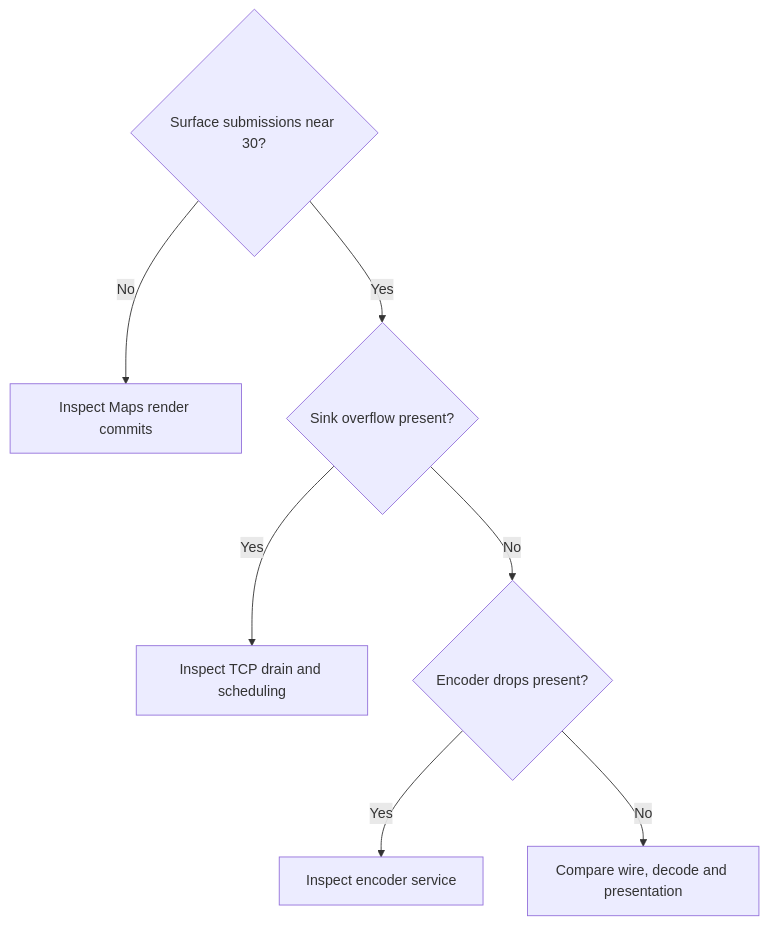
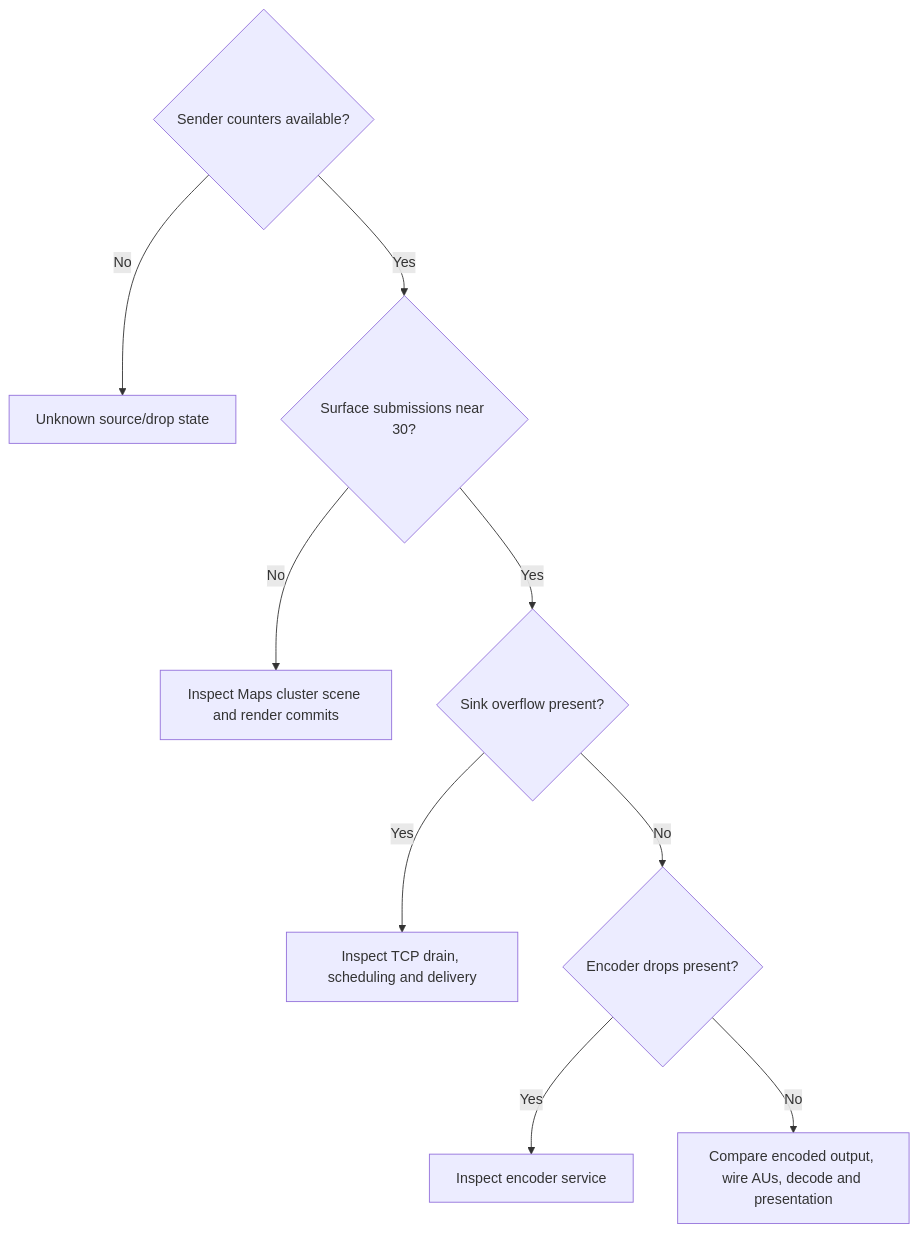
One commit to luka-dev/mib2q-carplay-rgi changed the second of 3 diagrams in docs/altscreen-and-video/WIRED_30FPS_INVESTIGATION.md. Above: the diagram before and after it, drawn with Mermaid. The commit also changed other lines of this file and 820 other files, not shown here.

````diff
--- a/docs/altscreen-and-video/WIRED_30FPS_INVESTIGATION.md
+++ b/docs/altscreen-and-video/WIRED_30FPS_INVESTIGATION.md
@@ -669,12 +642,13 @@
 ```mermaid
-flowchart TB
-    accTitle: Sender Counters Guide Frame Rate Checks
-    accDescr: With measured per-stream counters available, surface submissions, sink overflow and encoder drops select the next investigation. Missing counters leave the source and drop state unknown.
-
-    surface_rate{"Surface submissions near 30?"} -->|No| inspect_maps["Inspect Maps render commits"]
-    surface_rate -->|Yes| sink_overflow{"Sink overflow present?"}
-    sink_overflow -->|Yes| inspect_delivery["Inspect TCP drain and scheduling"]
-    sink_overflow -->|No| encoder_drops{"Encoder drops present?"}
-    encoder_drops -->|Yes| inspect_encoder["Inspect encoder service"]
-    encoder_drops -->|No| compare_stages["Compare wire, decode and presentation"]
+flowchart TD
+    accTitle: Use Actual Sender Counters Before Selecting a Frame Rate Fix
+    accDescr: Per-stream surface submissions and drop counters select the next investigation. Missing telemetry remains unknown; low arrival alone never identifies the cause.
+    data{"Sender counters available?"} -->|No| unknown["Unknown source/drop state"]
+    data -->|Yes| submitted{"Surface submissions near 30?"}
+    submitted -->|No| scene["Inspect Maps cluster scene and render commits"]
+    submitted -->|Yes| overflow{"Sink overflow present?"}
+    overflow -->|Yes| drain["Inspect TCP drain, scheduling and delivery"]
+    overflow -->|No| encoded{"Encoder drops present?"}
+    encoded -->|Yes| encoder["Inspect encoder service"]
+    encoded -->|No| downstream["Compare encoded output, wire AUs, decode and presentation"]
 ```
````
